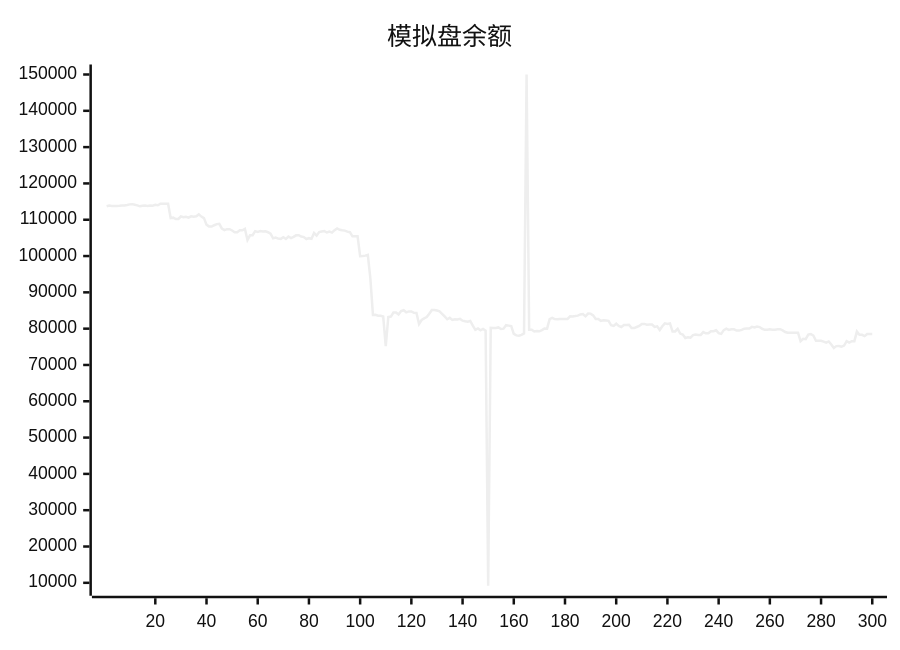
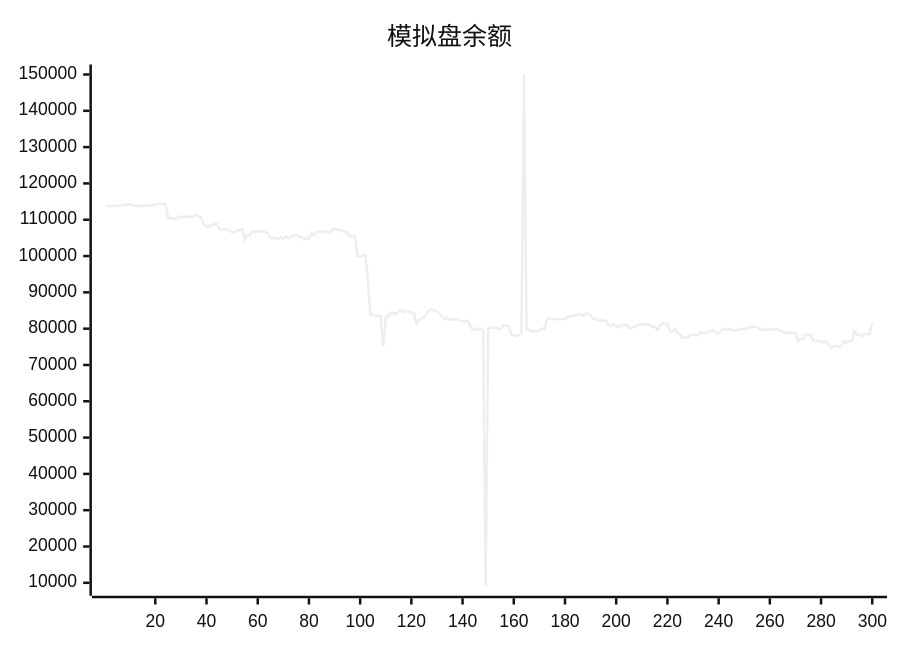
The diagram in README.md (aahl/ai-trading), drawn with Mermaid (neutral theme) before and after one commit. The commit also changed other lines of this file and 1 other file, not shown here.

````diff
--- a/README.md
+++ b/README.md
@@ -5,5 +5,5 @@
 ```mermaid
 xychart
     title "模拟盘余额"
-    line [113701,113901,113794,113784,113810,113848,113927,113929,114064,114232,114293,114144,113960,113698,113853,113942,113812,113908,113877,114091,113998,114427,114422,114384,114384,110477,110576,110198,110198,110890,110712,110812,110569,110929,110847,110968,111478,110870,110433,108661,108116,108115,108485,108797,108877,107536,107134,107393,107393,107046,106565,106565,107081,107081,107478,104404,105715,105749,106866,106651,106889,106771,106816,106565,106141,104876,105103,104796,104734,105169,104690,105380,104941,105272,105709,105739,105374,105227,104691,104924,104762,106364,105628,106608,106748,106872,106485,106721,106468,107132,107620,107224,107080,107001,106717,106567,105431,105431,105440,99950,100017,100113,100337,93749,83795,83807,83567,83567,83342,75168,83222,83336,84448,84449,83896,84839,85065,84499,84757,84757,84364,84347,81254,82385,82835,83184,84099,85150,85150,85002,84751,84096,83356,82582,82983,82404,82572,82512,82688,82200,82047,81920,82125,80840,79688,80060,79552,79920,79470,9193,80236,80208,80170,80336,79894,80006,80954,80837,80712,78561,78139,78037,78293,78682,150000,79720,79720,79214,79372,79279,79591,80046,79993,82625,82950,82626,82571,82633,82670,82670,82681,83386,83378,83464,83579,83920,84037,83402,84160,84142,83652,82655,82655,82145,82315,82243,82163,80934,80770,81371,80742,80468,80989,80989,81067,80191,80155,80450,80737,81309,81309,81106,81119,81119,80471,80631,79624,80670,81448,81290,81429,79212,79222,79940,78643,78380,77432,77623,77504,78235,78358,78284,78277,79048,78714,78714,79290,79308,79567,78763,78563,79603,79988,79652,79813,79813,79476,79469,79673,79995,80015,80015,80486,80314,80600,80436,79966,79689,79689,79819,79692,79692,79850,79850,79518,79071,78889,78850,78850,78878,78878,76554,77202,77103,78357,78510,78106,76678,76677,76672,76411,76159,76485,75656,74695,75197,75246,75052,75334,76564,76179,76553,76551,79196,78300,78300,77944,78531,78531,78521]
+    line [113901,113794,113784,113810,113848,113927,113929,114064,114232,114293,114144,113960,113698,113853,113942,113812,113908,113877,114091,113998,114427,114422,114384,114384,110477,110576,110198,110198,110890,110712,110812,110569,110929,110847,110968,111478,110870,110433,108661,108116,108115,108485,108797,108877,107536,107134,107393,107393,107046,106565,106565,107081,107081,107478,104404,105715,105749,106866,106651,106889,106771,106816,106565,106141,104876,105103,104796,104734,105169,104690,105380,104941,105272,105709,105739,105374,105227,104691,104924,104762,106364,105628,106608,106748,106872,106485,106721,106468,107132,107620,107224,107080,107001,106717,106567,105431,105431,105440,99950,100017,100113,100337,93749,83795,83807,83567,83567,83342,75168,83222,83336,84448,84449,83896,84839,85065,84499,84757,84757,84364,84347,81254,82385,82835,83184,84099,85150,85150,85002,84751,84096,83356,82582,82983,82404,82572,82512,82688,82200,82047,81920,82125,80840,79688,80060,79552,79920,79470,9193,80236,80208,80170,80336,79894,80006,80954,80837,80712,78561,78139,78037,78293,78682,150000,79720,79720,79214,79372,79279,79591,80046,79993,82625,82950,82626,82571,82633,82670,82670,82681,83386,83378,83464,83579,83920,84037,83402,84160,84142,83652,82655,82655,82145,82315,82243,82163,80934,80770,81371,80742,80468,80989,80989,81067,80191,80155,80450,80737,81309,81309,81106,81119,81119,80471,80631,79624,80670,81448,81290,81429,79212,79222,79940,78643,78380,77432,77623,77504,78235,78358,78284,78277,79048,78714,78714,79290,79308,79567,78763,78563,79603,79988,79652,79813,79813,79476,79469,79673,79995,80015,80015,80486,80314,80600,80436,79966,79689,79689,79819,79692,79692,79850,79850,79518,79071,78889,78850,78850,78878,78878,76554,77202,77103,78357,78510,78106,76678,76677,76672,76411,76159,76485,75656,74695,75197,75246,75052,75334,76564,76179,76553,76551,79196,78300,78300,77944,78531,78531,78521,81564]
 ```
````
